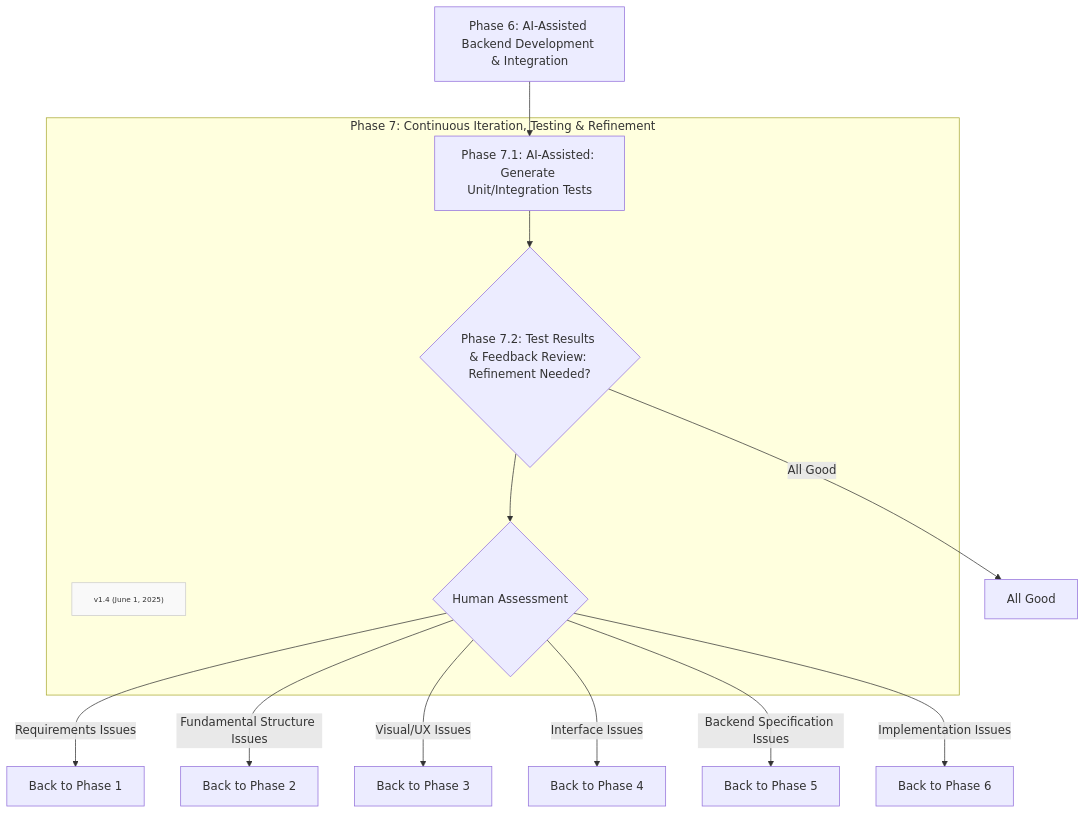
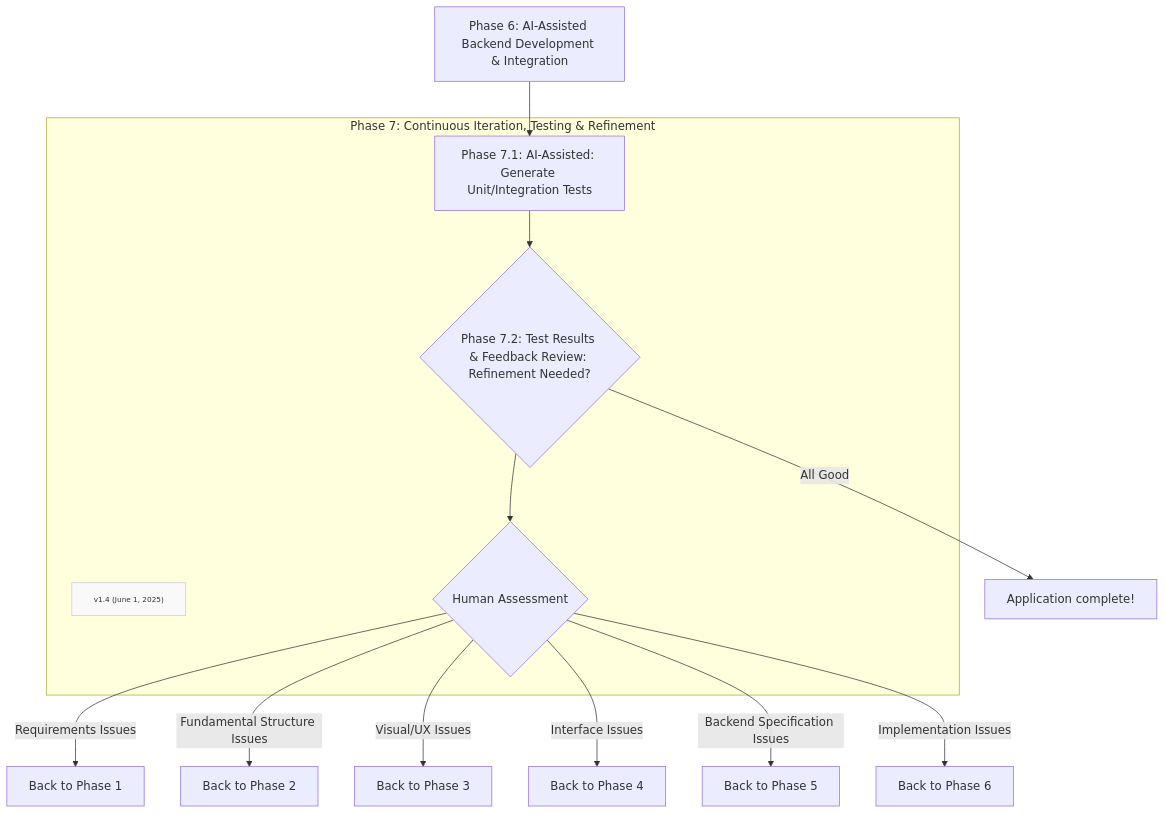
The diagram in Method/FF-phase7.md (Mharbulous/Front-First-Method), drawn with Mermaid before and after one commit.

Commit message:
refinement

````diff
--- a/Method/FF-phase7.md
+++ b/Method/FF-phase7.md
@@ -1,22 +1,22 @@
 ```mermaid
 graph TD
     Phase6["Phase 6: AI-Assisted Backend Development & Integration"] --> Phase7_1
 
     subgraph Phase7 ["Phase 7: Continuous Iteration, Testing & Refinement"]
         Version["v1.4 (June 1, 2025)"]
         classDef version fill:#f9f9f9,stroke:#ccc,font-size:10px
         class Version version
         Phase7_1["Phase 7.1: AI-Assisted: Generate Unit/Integration Tests"] --> Phase7_2{"Phase 7.2: Test Results & Feedback Review: Refinement Needed?"} 
         Phase7_2 --> RefineDecision{"Human Assessment"}
         
     end
 
-Phase7_2 -->  |All Good|AllGood["All Good"]       
+Phase7_2 -->  |All Good|AllGood["Application complete!"]       
 RefineDecision -->|Requirements Issues| Back2Phase1["Back to Phase 1"]
 RefineDecision -->|Fundamental Structure Issues| Back2Phase2["Back to Phase 2"]
 RefineDecision -->|Visual/UX Issues| Back2Phase3["Back to Phase 3"]
 RefineDecision -->|Interface Issues| Back2Phase4["Back to Phase 4"]
 RefineDecision -->|Backend Specification Issues| Back2Phase5["Back to Phase 5"]
 RefineDecision -->|Implementation Issues| Back2Phase6["Back to Phase 6"]
 
 ```
````
